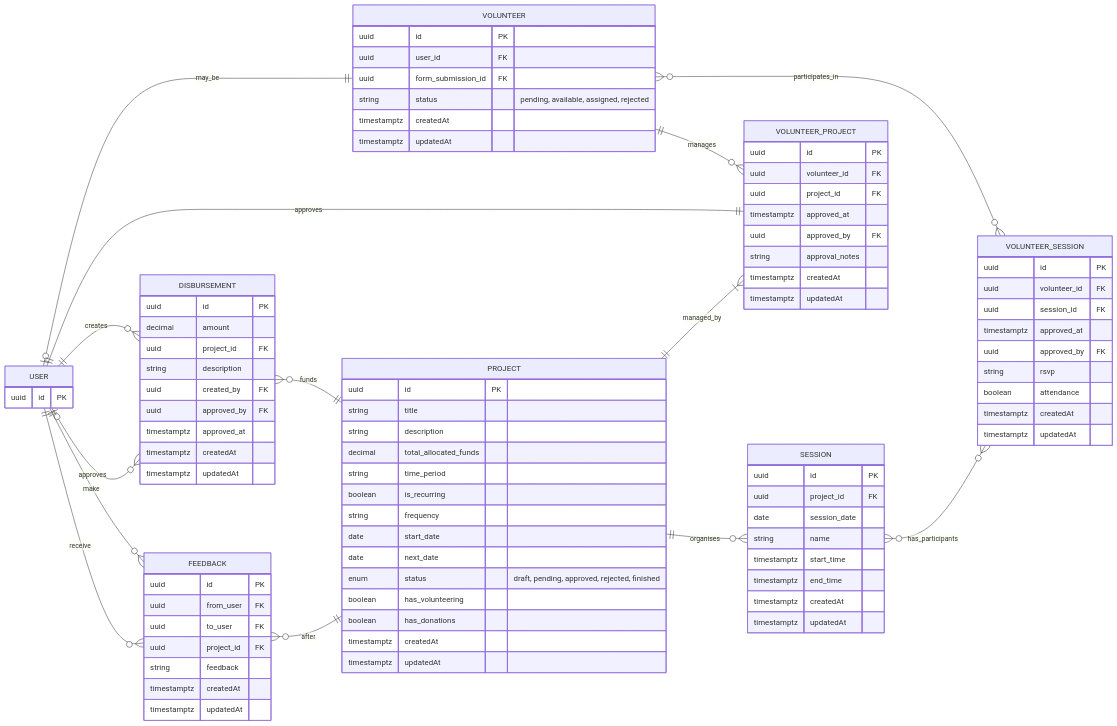
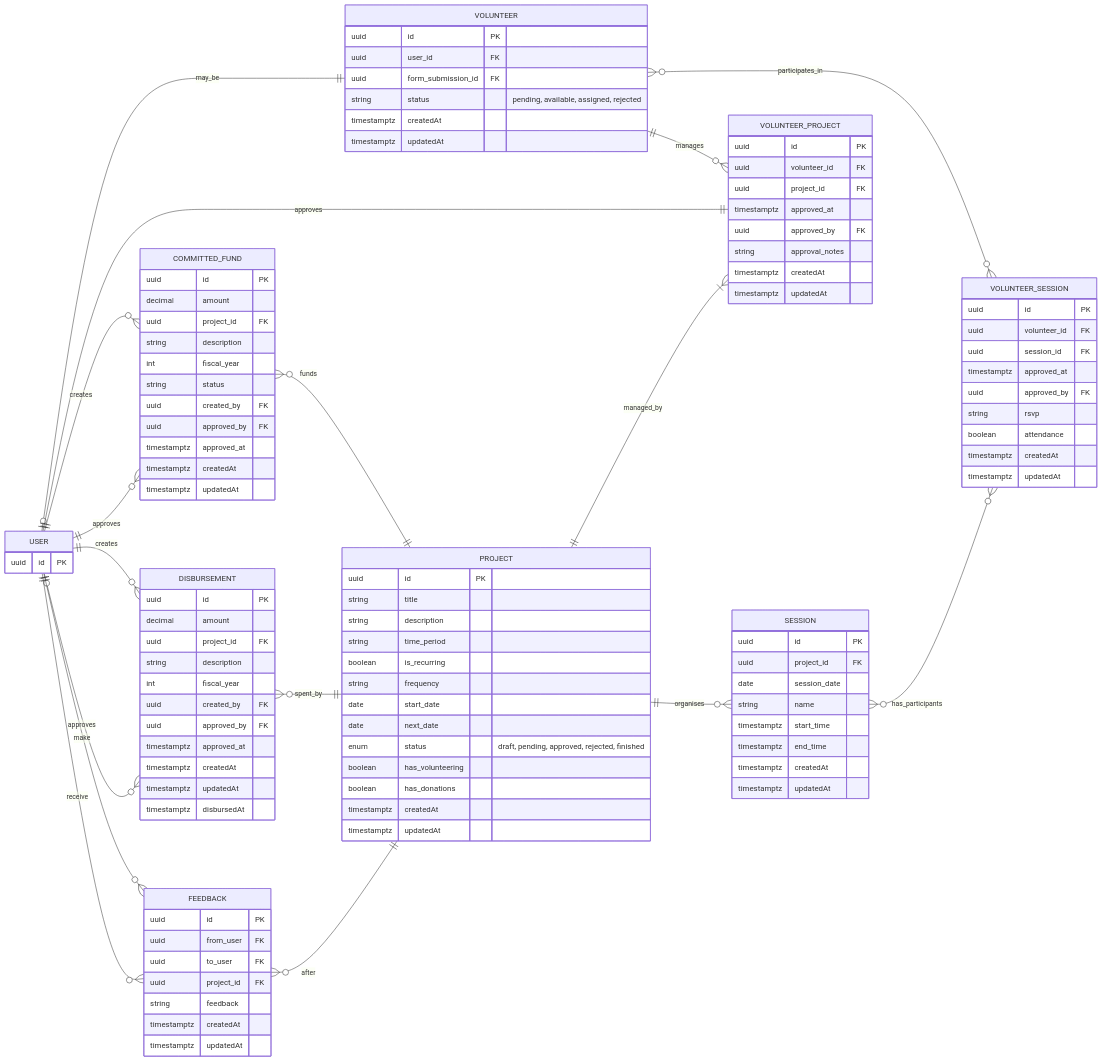
Before and after one commit to SiloamXperience-DG-AY2526/backend: the diagram in docs/db-schema/volunteer-ms-schema.md, drawn with Mermaid. The commit also changed 4 other files, not shown here.

Commit message:
Update db schema

```diff
--- a/docs/db-schema/volunteer-ms-schema.md
+++ b/docs/db-schema/volunteer-ms-schema.md
@@ -28,9 +28,12 @@
     PROJECT ||--|{ VOLUNTEER_PROJECT : managed_by
     PROJECT ||--o{ SESSION : organises
     USER ||--|| VOLUNTEER_PROJECT : approves
+    USER ||--o{ COMMITTED_FUND : creates
+    USER ||--o{ COMMITTED_FUND : approves
+    COMMITTED_FUND }o--|| PROJECT : funds
     USER ||--o{ DISBURSEMENT : creates
     USER |o--o{ DISBURSEMENT : approves
-    DISBURSEMENT }o--|| PROJECT : funds
+    DISBURSEMENT }o--|| PROJECT : spent_by
     USER ||--o{ FEEDBACK : make
     USER ||--o{ FEEDBACK : receive
     FEEDBACK }o--|| PROJECT : after
@@ -82,7 +85,6 @@
         uuid id PK
         string title
         string description
-        decimal total_allocated_funds
         string time_period
         boolean is_recurring
         string frequency
@@ -94,16 +96,31 @@
         timestamptz createdAt
         timestamptz updatedAt
     }
+    COMMITTED_FUND {
+        uuid id PK
+        decimal amount
+        uuid project_id FK
+        string description
+        int fiscal_year
+        string status
+        uuid created_by FK
+        uuid approved_by FK
+        timestamptz approved_at
+        timestamptz createdAt
+        timestamptz updatedAt
+    }
     DISBURSEMENT {
         uuid id PK
         decimal amount
         uuid project_id FK
         string description
+        int fiscal_year
         uuid created_by FK
         uuid approved_by FK
         timestamptz approved_at
         timestamptz createdAt
         timestamptz updatedAt
+        timestamptz disbursedAt
     }
     FEEDBACK {
         uuid id PK
```
